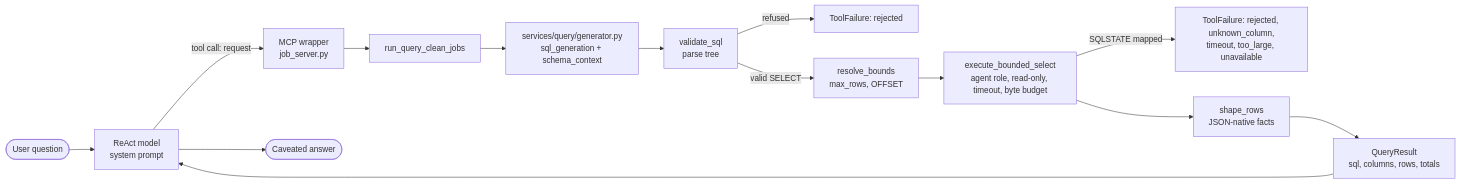
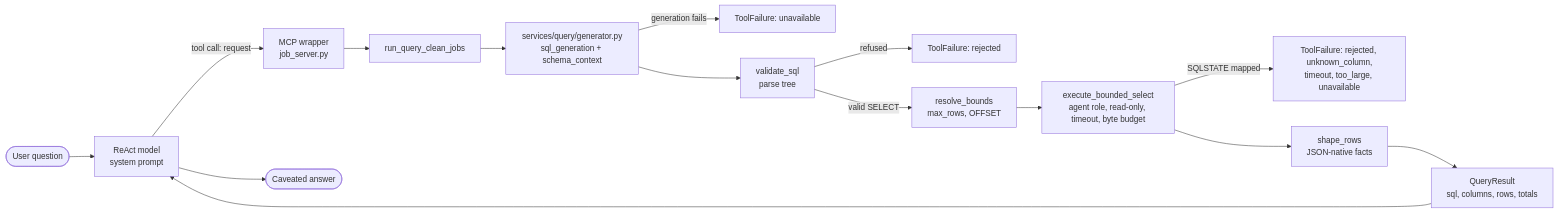
The second of 2 diagrams in docs/modules/tools-and-query.md (Park-Hip/InternHunterAgent), drawn with Mermaid before and after one commit. The commit also changed other lines of this file and 5 other files, not shown here.

Commit message:
fix(tools): map a failed SQL-generation call to unavailable (Closes #754) (#767)

````diff
--- a/docs/modules/tools-and-query.md
+++ b/docs/modules/tools-and-query.md
@@ -64,16 +64,17 @@
 ```mermaid
 flowchart LR
     U(["User question"]) --> R["ReAct model<br/>system prompt"]
     R -->|"tool call: request"| M["MCP wrapper<br/>job_server.py"]
     M --> Q["run_query_clean_jobs"]
     Q --> G["services/query/generator.py<br/>sql_generation + schema_context"]
+    G -->|"generation fails"| F3["ToolFailure: unavailable"]
     G --> V["validate_sql<br/>parse tree"]
     V -->|"refused"| F["ToolFailure: rejected"]
     V -->|"valid SELECT"| B["resolve_bounds<br/>max_rows, OFFSET"]
     B --> E["execute_bounded_select<br/>agent role, read-only, timeout, byte budget"]
     E -->|"SQLSTATE mapped"| F2["ToolFailure: rejected, unknown_column,<br/>timeout, too_large, unavailable"]
     E --> S["shape_rows<br/>JSON-native facts"]
     S --> T["QueryResult<br/>sql, columns, rows, totals"]
     T --> R
     R --> A(["Caveated answer"])
 ```
````
